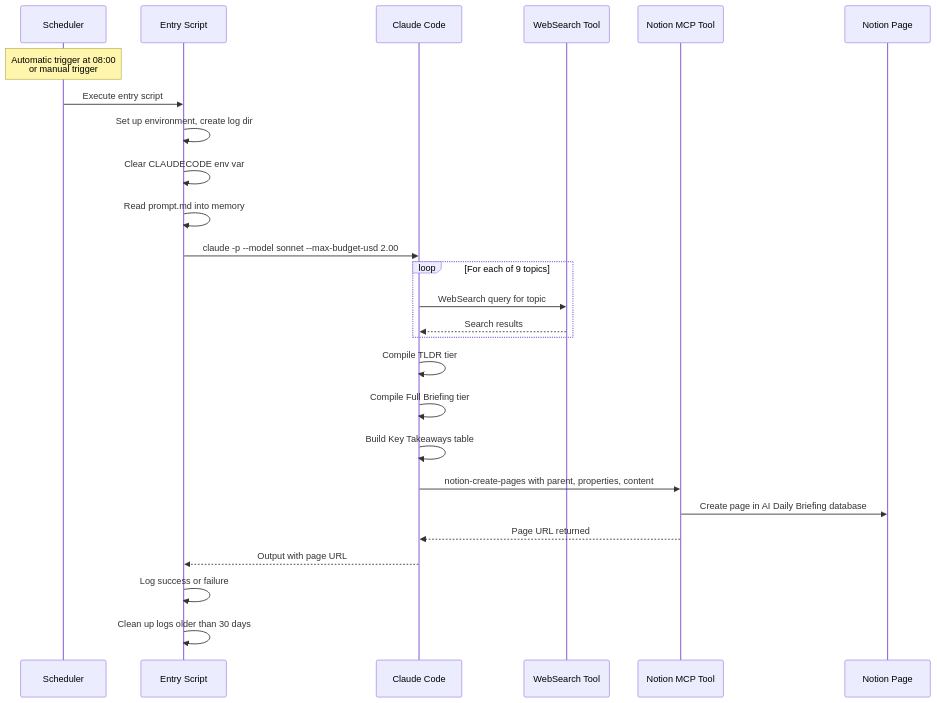
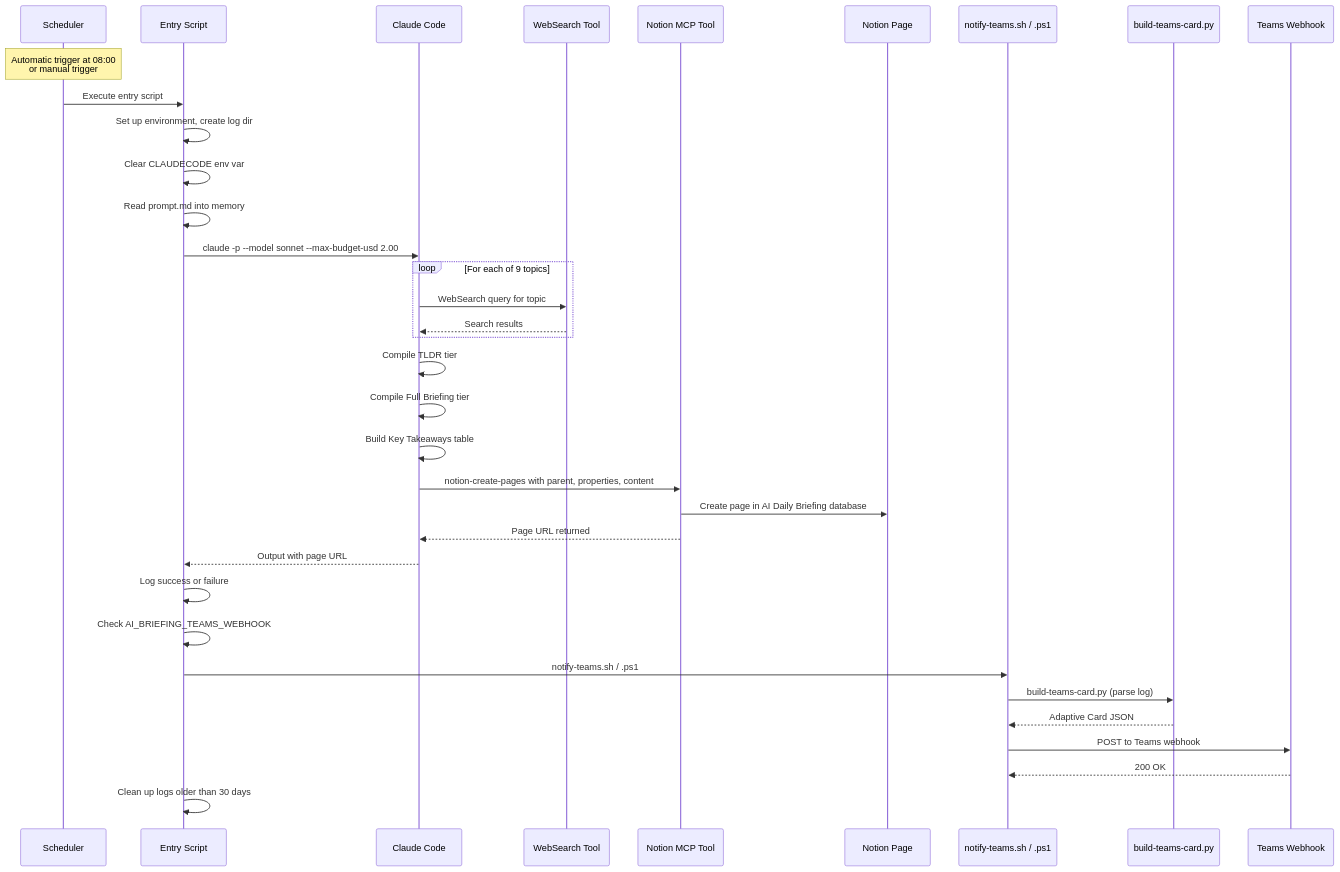
Before and after one commit to hoangsonww/ai-news-briefing: the third of 13 diagrams in ARCHITECTURE.md, drawn with Mermaid. The commit also changed other lines of this file and 9 other files, not shown here.

````diff
--- a/ARCHITECTURE.md
+++ b/ARCHITECTURE.md
@@ -98,34 +110,43 @@
 ```mermaid
 sequenceDiagram
     participant S as Scheduler
     participant E as Entry Script
     participant C as Claude Code
     participant W as WebSearch Tool
     participant N as Notion MCP Tool
     participant NP as Notion Page
+    participant T as notify-teams.sh / .ps1
+    participant P as build-teams-card.py
+    participant TW as Teams Webhook
 
     Note over S: Automatic trigger at 08:00<br/>or manual trigger
     S->>E: Execute entry script
 
     E->>E: Set up environment, create log dir
     E->>E: Clear CLAUDECODE env var
     E->>E: Read prompt.md into memory
     E->>C: claude -p --model sonnet --max-budget-usd 2.00
 
     loop For each of 9 topics
         C->>W: WebSearch query for topic
         W-->>C: Search results
     end
 
     C->>C: Compile TLDR tier
     C->>C: Compile Full Briefing tier
     C->>C: Build Key Takeaways table
 
     C->>N: notion-create-pages with parent, properties, content
     N->>NP: Create page in AI Daily Briefing database
     N-->>C: Page URL returned
 
     C-->>E: Output with page URL
     E->>E: Log success or failure
+    E->>E: Check AI_BRIEFING_TEAMS_WEBHOOK
+    E->>T: notify-teams.sh / .ps1
+    T->>P: build-teams-card.py (parse log)
+    P-->>T: Adaptive Card JSON
+    T->>TW: POST to Teams webhook
+    TW-->>T: 200 OK
     E->>E: Clean up logs older than 30 days
 ```
````
